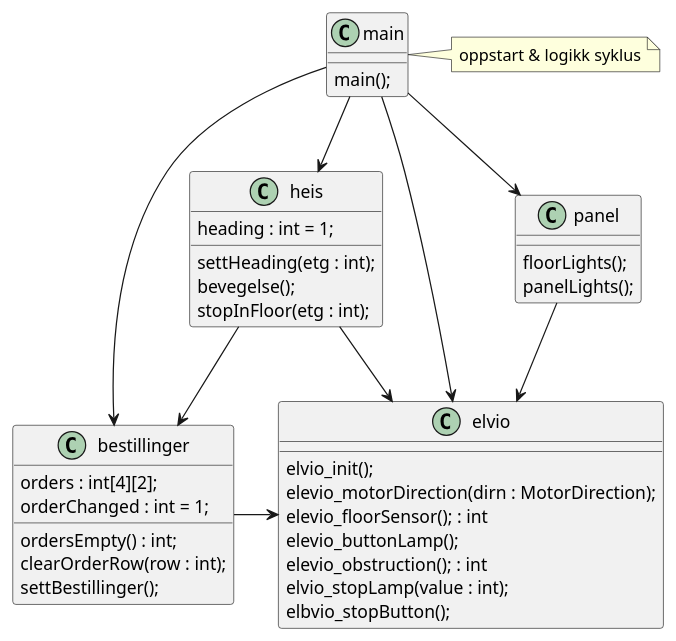
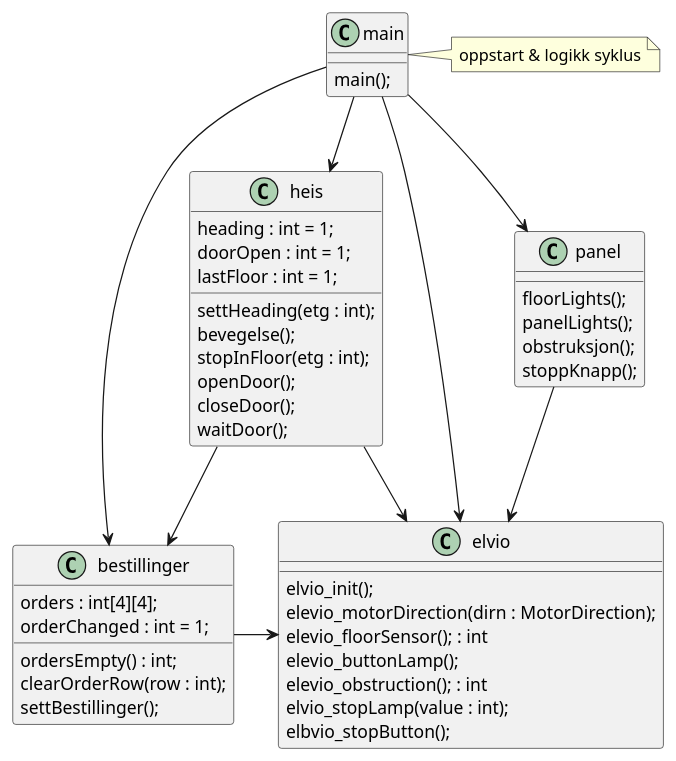
Before and after one commit to Patrick-VK/TTK4235-heisprosjekt: the diagram in uml/Klassediagram/UML.puml, drawn with PlantUML. The commit also changed 1 other file, not shown here.

```diff
--- a/uml/Klassediagram/UML.puml
+++ b/uml/Klassediagram/UML.puml
@@ -1,85 +1,69 @@
 @startuml
 class main
-main : main(); /'O1, O2, O3, R3'/
+main : main();
 
 
 
-/'While loop, S3'/
+
 class bestillinger
-/'
-bestillinger : int orders[]; H1, int pga IC
-bestillinger : canTakeOrder(); H2
-bestillinger : removeLatestOrder(); H3
-'/
-bestillinger : orders : int[4][2];
+bestillinger : orders : int[4][4];
 bestillinger : orderChanged : int = 1;
 
 bestillinger : ordersEmpty() : int;
 bestillinger : clearOrderRow(row : int);
 bestillinger : settBestillinger();
 
 
 
 class heis
-/'
-heis : int latestFloor; current or latest
-heis : int direction;
-heis : bool doorOpen;
-heis : void elivo_motorDirection(int direction);
-heis : void doorOrder(); D1, D2, S1, S2
-heis : void stopOrder(); D3, S4, S5, S6, S7
-heis : void obstOrder(); D4, R1
-heis : void setDoor(bool open);
-heis : void checkFloorOrder(); H4
-heis : void checkButtonOrder(); D4, D3
-'/
 heis : heading : int = 1;
+heis : doorOpen : int = 1;
+heis : lastFloor : int = 1;
 
 heis : settHeading(etg : int);
 heis : bevegelse();
 heis : stopInFloor(etg : int);
+heis : openDoor();
+heis : closeDoor();
+heis : waitDoor();
 
 
 
 class panel
-/'
-panel : bool floorLights[];
-panel : bool elevatorLights[];
-panel : void setPanelLights(int latestFloor, getPressedButtons());L3, L4, L5, L6
-panel : void setElevatorLights(bool orders[]);L1, L2
-panel : bool[] getPressedButtons();
-'/
 panel : floorLights(); 
 panel : panelLights();
+panel : obstruksjon();
+panel : stoppKnapp();
+
 
 class elvio
 elvio : elvio_init();
 elvio : elevio_motorDirection(dirn : MotorDirection);
 elvio : elevio_floorSensor(); : int
 elvio : elevio_buttonLamp();
 elvio : elevio_obstruction(); : int
 elvio : elvio_stopLamp(value : int);
 elvio : elbvio_stopButton();
 
 
 
 main --> heis
 main --> elvio
 main --> panel
 main --> bestillinger
 
 heis --> bestillinger
 heis --> elvio
 
 bestillinger -> elvio
 
 panel --> elvio
 
 
 
 
 
 note right of main
     oppstart & logikk syklus
 end note
 @enduml
```
